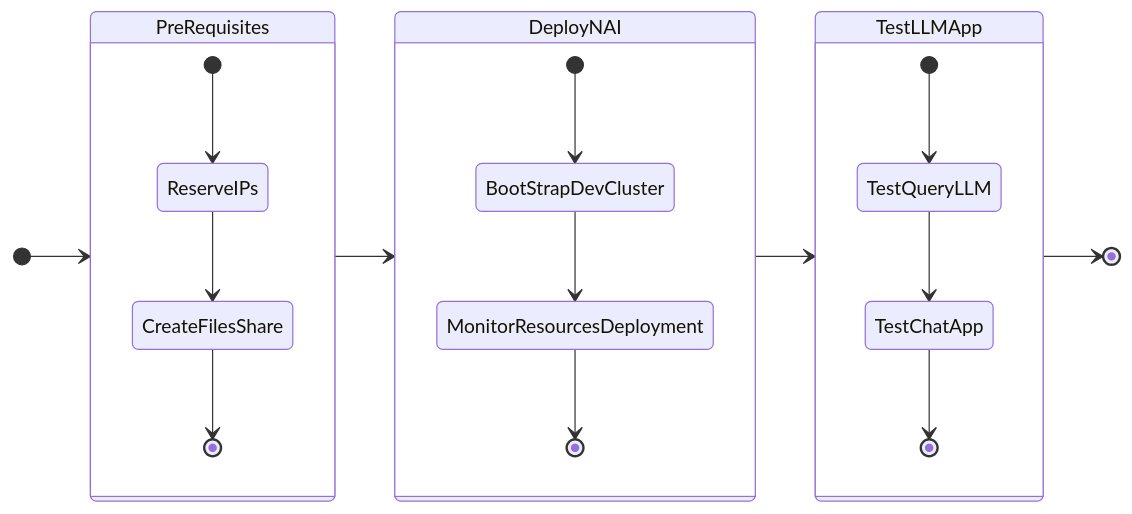
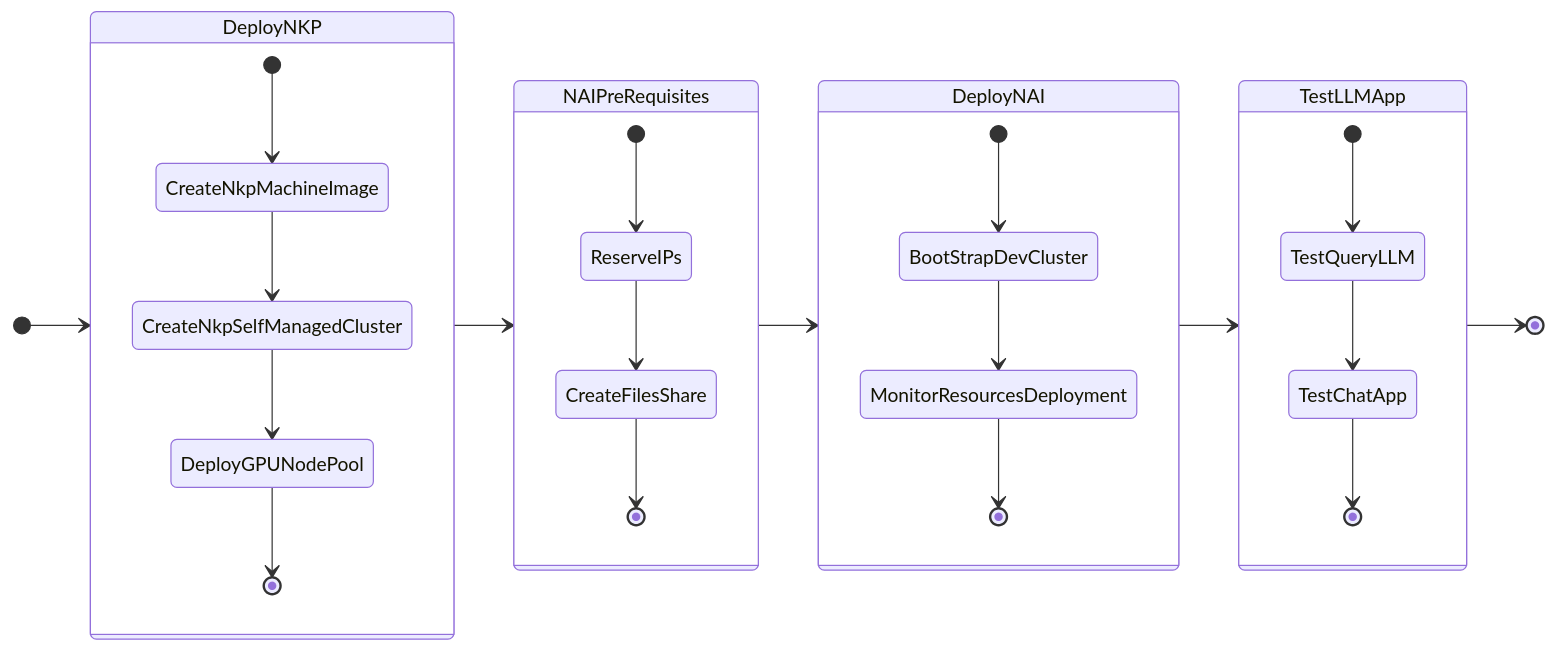
One commit to nutanix-japan/nai-llm changed the diagram in docs/iep/index.md. Above: the diagram before and after it, drawn with Mermaid. The commit also changed other lines of this file and 2 other files, not shown here.

Commit message:
update: getting started section for Tutorials with mermaid flow

````diff
--- a/docs/iep/index.md
+++ b/docs/iep/index.md
@@ -36,27 +33,35 @@
 ```mermaid
 stateDiagram-v2
     direction LR
 
-    state PreRequisites {
+    state DeployNKP {
+        [*] --> CreateNkpMachineImage
+        CreateNkpMachineImage --> CreateNkpSelfManagedCluster
+        CreateNkpSelfManagedCluster --> DeployGPUNodePool
+        DeployGPUNodePool --> [*]
+    }
+    
+    state NAIPreRequisites {
         [*] --> ReserveIPs
         ReserveIPs --> CreateFilesShare
         CreateFilesShare --> [*]
     }
     
     state DeployNAI {
         [*] --> BootStrapDevCluster
         BootStrapDevCluster --> MonitorResourcesDeployment
         MonitorResourcesDeployment --> [*]
     }
 
     state TestLLMApp {
         [*] --> TestQueryLLM
         TestQueryLLM --> TestChatApp
         TestChatApp --> [*]
     }
 
-    [*] --> PreRequisites
-    PreRequisites --> DeployNAI
+    [*] --> DeployNKP
+    DeployNKP --> NAIPreRequisites
+    NAIPreRequisites --> DeployNAI
     DeployNAI --> TestLLMApp
     TestLLMApp --> [*]
 ```
````
